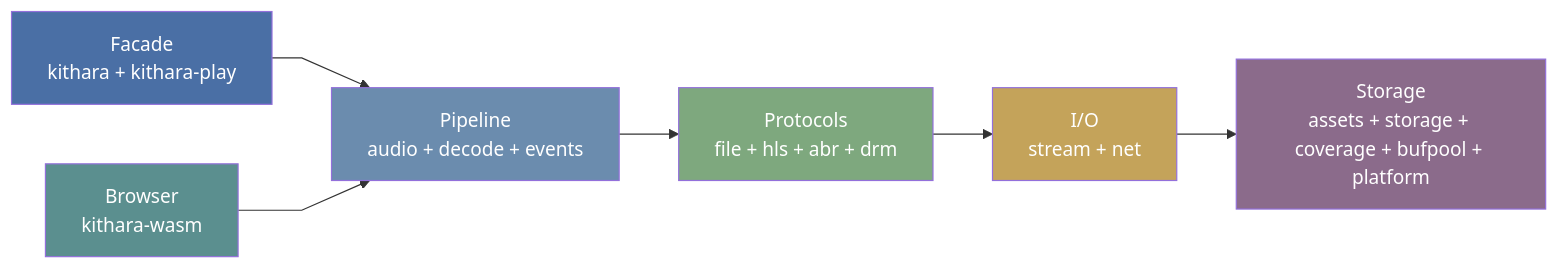
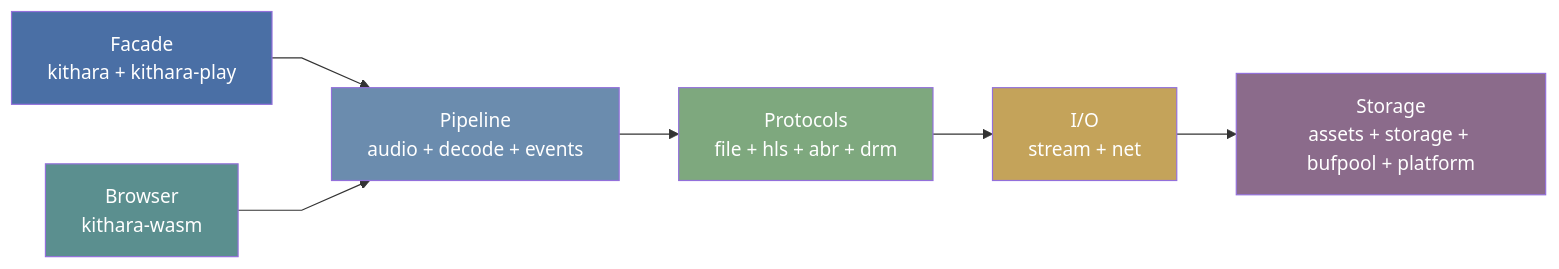
The diagram in README.md (zvuk/kithara), drawn with Mermaid before and after one commit. The commit also changed other lines of this file and 24 other files, not shown here.

````diff
--- a/README.md
+++ b/README.md
@@ -40,20 +40,20 @@
 ```mermaid
 %%{init: {"flowchart": {"curve": "linear"}} }%%
 flowchart LR
     facade["Facade<br/>kithara + kithara-play"]
     pipeline["Pipeline<br/>audio + decode + events"]
     protocols["Protocols<br/>file + hls + abr + drm"]
     io["I/O<br/>stream + net"]
-    storage["Storage<br/>assets + storage + coverage + bufpool + platform"]
+    storage["Storage<br/>assets + storage + bufpool + platform"]
     wasm["Browser<br/>kithara-wasm"]
 
     facade --> pipeline --> protocols --> io --> storage
     wasm --> pipeline
 
     style facade fill:#4a6fa5,color:#fff
     style pipeline fill:#6b8cae,color:#fff
     style protocols fill:#7ea87e,color:#fff
     style io fill:#c4a35a,color:#fff
     style storage fill:#8b6b8b,color:#fff
     style wasm fill:#5b8f8f,color:#fff
 ```
````
